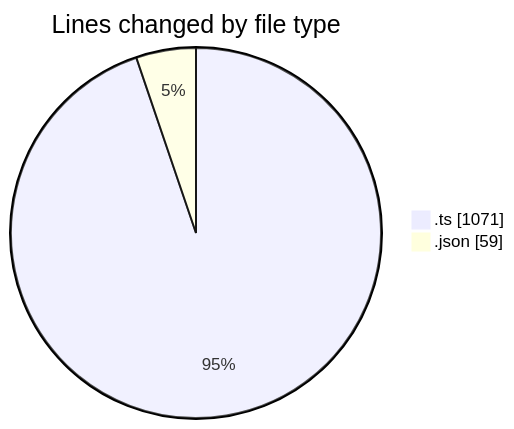
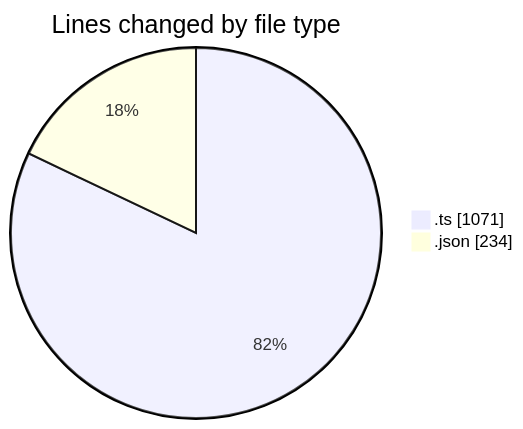
Before and after one commit to momahboobian/code-tracking: the first of 2 diagrams in 2025-10-22/cda/README.md, drawn with Mermaid. The commit also changed other lines of this file and 1 other file, not shown here.

````diff
--- a/2025-10-22/cda/README.md
+++ b/2025-10-22/cda/README.md
@@ -21,6 +22,6 @@
 ```mermaid
 pie showData
 title Lines changed by file type
 ".ts" : 1071
-".json" : 59
+".json" : 234
 ```
````
